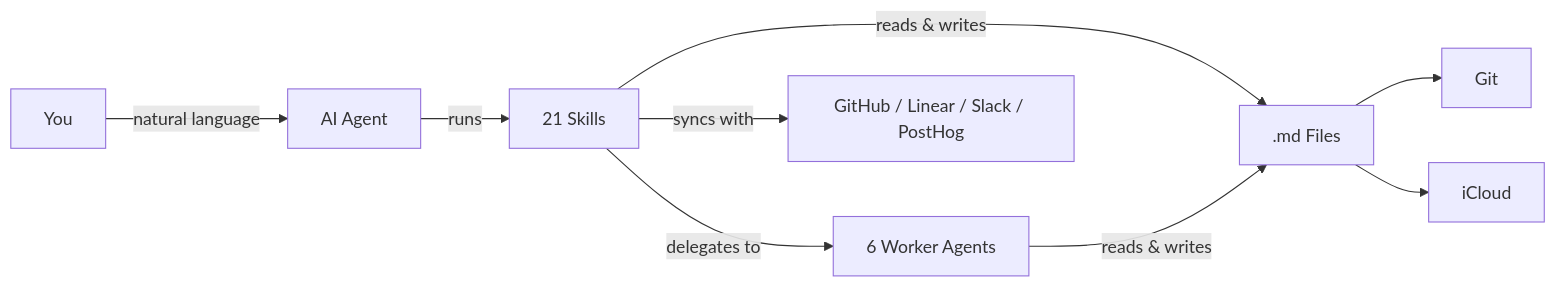
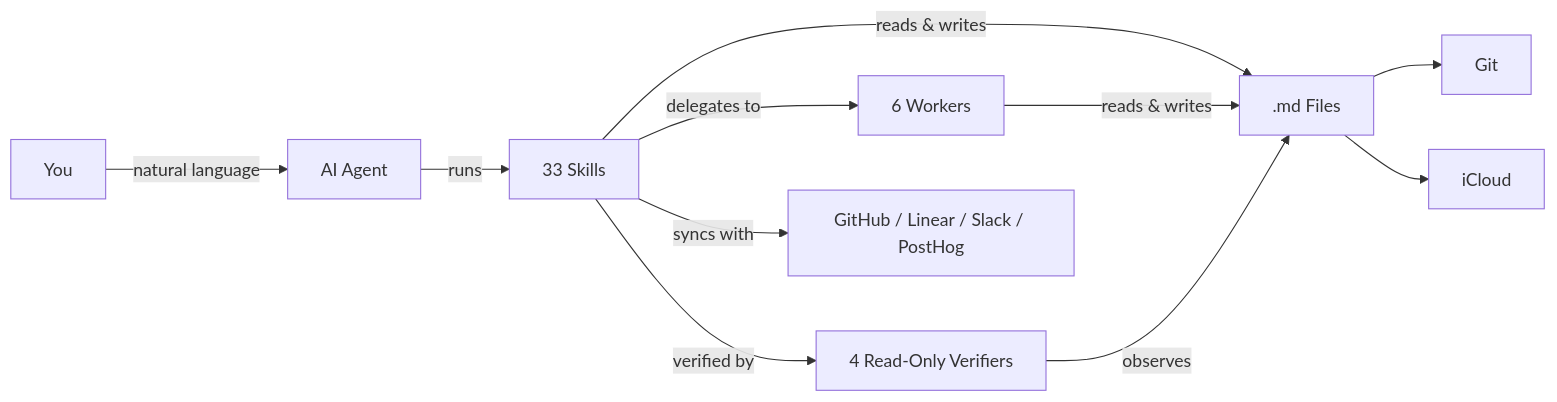
Before and after one commit to armitd/second-brain: the first of 2 diagrams in README.md, drawn with Mermaid. The commit also changed other lines of this file and 46 other files, not shown here.

````diff
--- a/README.md
+++ b/README.md
@@ -11,11 +11,13 @@
 ```mermaid
 graph LR
     A[You] -- natural language --> B[AI Agent]
-    B -- runs --> C[21 Skills]
-    C -- delegates to --> W[6 Worker Agents]
+    B -- runs --> C[33 Skills]
+    C -- delegates to --> W[6 Workers]
+    C -- verified by --> V[4 Read-Only Verifiers]
     C -- reads & writes --> D[.md Files]
     W -- reads & writes --> D
+    V -- observes --> D
     C -- syncs with --> G[GitHub / Linear / Slack / PostHog]
     D --> E[Git]
     D --> F[iCloud]
 ```
````
